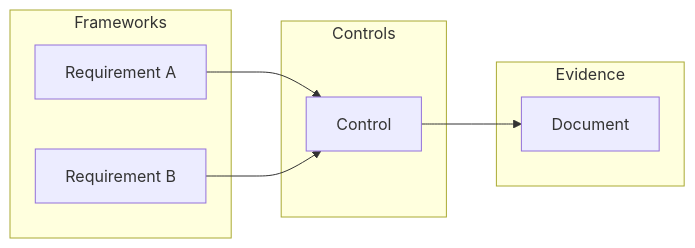
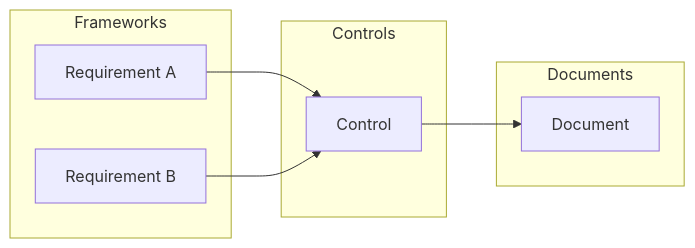
Before and after one commit to tekve/gover-docs: the diagram in docs/user-guide/controls/mapping.md, drawn with Mermaid. The commit also changed other lines of this file and 40 other files, not shown here.

````diff
--- a/docs/user-guide/controls/mapping.md
+++ b/docs/user-guide/controls/mapping.md
@@ -13,16 +13,16 @@
 ```mermaid
 flowchart LR
     subgraph Frameworks
         R1[Requirement A]
         R2[Requirement B]
     end
     subgraph Controls
         C[Control]
     end
-    subgraph Evidence
+    subgraph Documents
         D[Document]
     end
     R1 --> C
     R2 --> C
     C --> D
 ```
````
